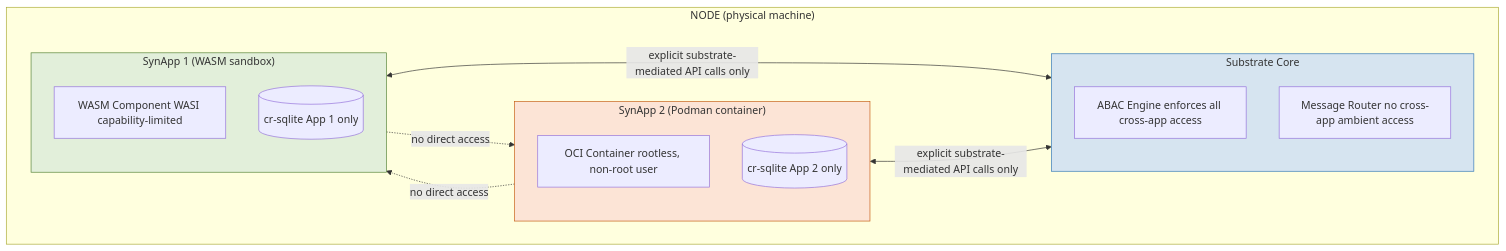
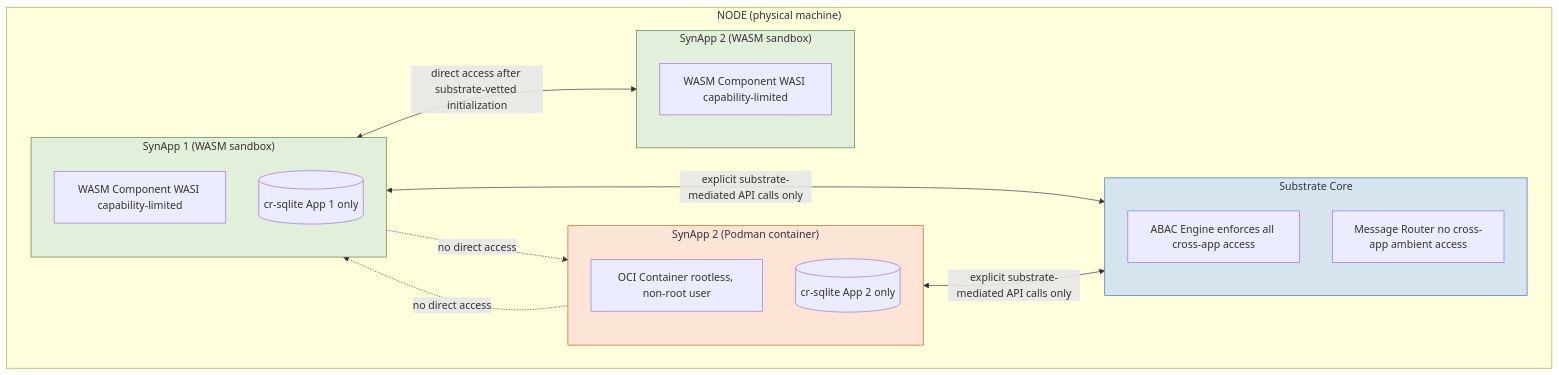
Before and after one commit to syneroym/syneroym: diagram 21 of 21 in docs/architecture.md, drawn with Mermaid. The commit also changed other lines of this file, not shown here.

````diff
--- a/docs/architecture.md
+++ b/docs/architecture.md
@@ -869,28 +872,35 @@
 ```mermaid
 flowchart TD
     subgraph NODE2["NODE (physical machine)"]
         subgraph APP1["SynApp 1 (WASM sandbox)"]
             W1[WASM Component WASI capability-limited]
             DB1[(cr-sqlite App 1 only)]
         end
 
         subgraph APP2["SynApp 2 (Podman container)"]
             P1[OCI Container rootless, non-root user]
             DB2[(cr-sqlite App 2 only)]
         end
 
+        subgraph APP3["SynApp 2 (WASM sandbox)"]
+            W2[WASM Component WASI capability-limited]
+            DB2[(cr-sqlite App 2 only)]
+        end
+
         subgraph SUBSTRATE_CORE["Substrate Core"]
             AC3[ABAC Engine enforces all cross-app access]
             MSG4[Message Router no cross-app ambient access]
         end
     end
 
+    APP1 <-->|"direct access after substrate-vetted initialization"| APP3
     APP1 <-->|"explicit substrate-mediated API calls only"| SUBSTRATE_CORE
     APP2 <-->|"explicit substrate-mediated API calls only"| SUBSTRATE_CORE
     APP1 -. "no direct access" .-> APP2
     APP2 -. "no direct access" .-> APP1
 
     style APP1 fill:#E2EFDA,stroke:#548235
     style APP2 fill:#FCE4D6,stroke:#C55A11
+    style APP3 fill:#E2EFDA,stroke:#548235
     style SUBSTRATE_CORE fill:#D6E4F0,stroke:#2E75B6
 ```
````
